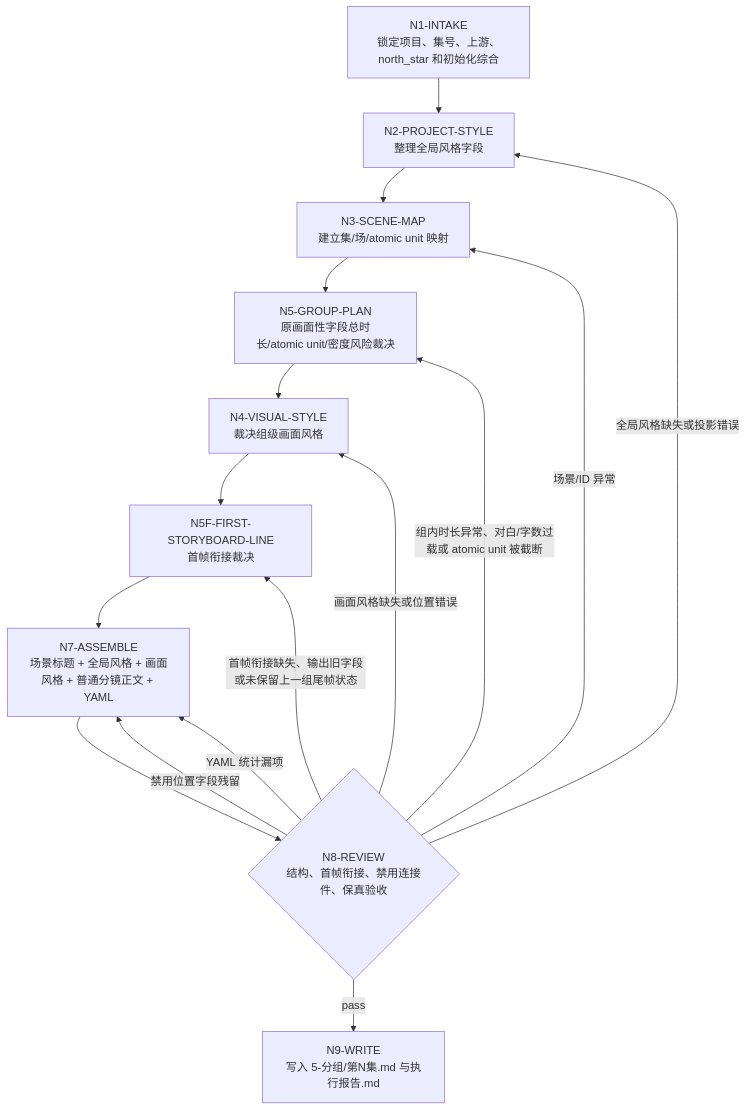
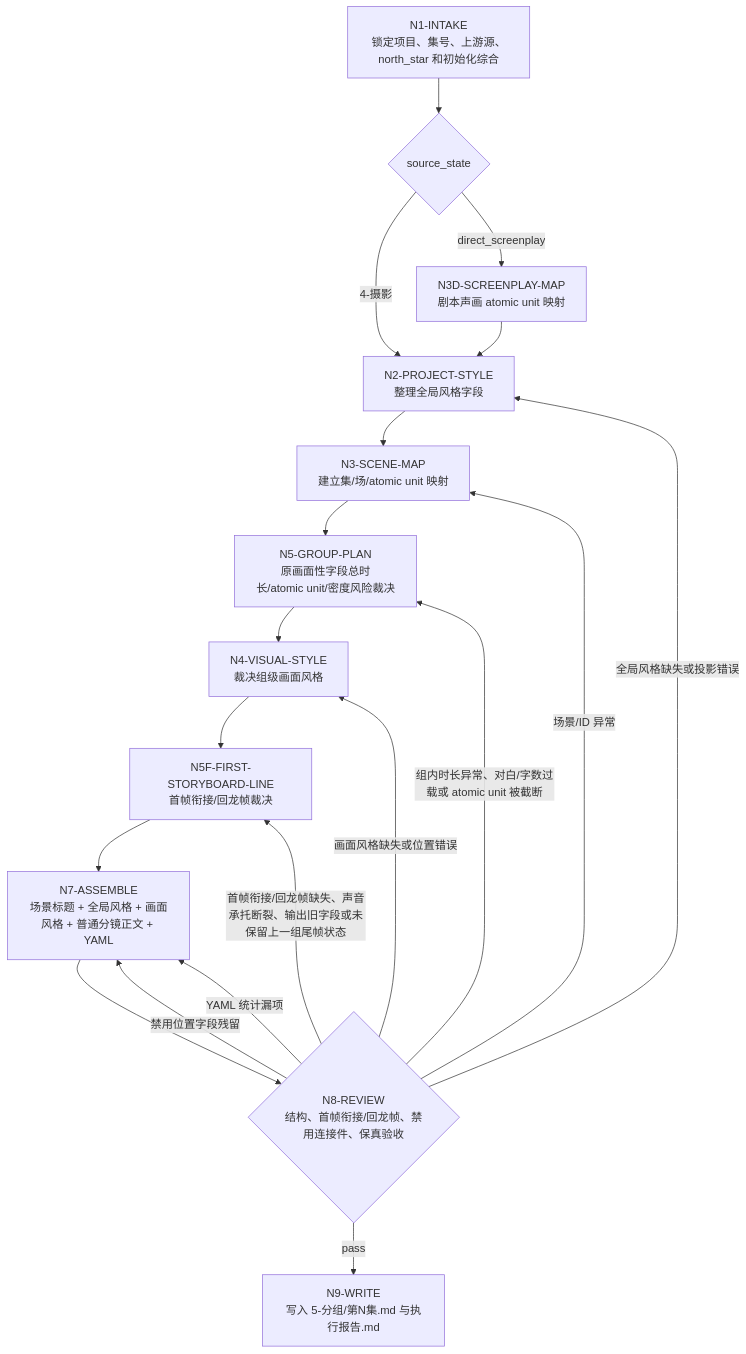
One commit to ZEN-VOID/AI-CUT changed the diagram in .agents/skills/aigc/5-分组/steps/grouping-workflow.md. Above: the diagram before and after it, drawn with Mermaid. The commit also changed other lines of this file and 31 other files, not shown here.

````diff
--- a/.agents/skills/aigc/5-分组/steps/grouping-workflow.md
+++ b/.agents/skills/aigc/5-分组/steps/grouping-workflow.md
@@ -19,18 +19,21 @@
 ```mermaid
 flowchart TD
-    N1["N1-INTAKE<br/>锁定项目、集号、上游、north_star 和初始化综合"] --> N2["N2-PROJECT-STYLE<br/>整理全局风格字段"]
+    N1["N1-INTAKE<br/>锁定项目、集号、上游源、north_star 和初始化综合"] --> N1D{"source_state"}
+    N1D -->|"4-摄影"| N2["N2-PROJECT-STYLE<br/>整理全局风格字段"]
+    N1D -->|"direct_screenplay"| N3D["N3D-SCREENPLAY-MAP<br/>剧本声画 atomic unit 映射"]
+    N3D --> N2
     N2 --> N3["N3-SCENE-MAP<br/>建立集/场/atomic unit 映射"]
     N3 --> N5["N5-GROUP-PLAN<br/>原画面性字段总时长/atomic unit/密度风险裁决"]
     N5 --> N4["N4-VISUAL-STYLE<br/>裁决组级画面风格"]
-    N4 --> N5F["N5F-FIRST-STORYBOARD-LINE<br/>首帧衔接裁决"]
+    N4 --> N5F["N5F-FIRST-STORYBOARD-LINE<br/>首帧衔接/回龙帧裁决"]
     N5F --> N7["N7-ASSEMBLE<br/>场景标题 + 全局风格 + 画面风格 + 普通分镜正文 + YAML"]
-    N7 --> N8{"N8-REVIEW<br/>结构、首帧衔接、禁用连接件、保真验收"}
+    N7 --> N8{"N8-REVIEW<br/>结构、首帧衔接/回龙帧、禁用连接件、保真验收"}
     N8 -->|"pass"| N9["N9-WRITE<br/>写入 5-分组/第N集.md 与执行报告.md"]
     N8 -->|"全局风格缺失或投影错误"| N2
     N8 -->|"场景/ID 异常"| N3
     N8 -->|"组内时长异常、对白/字数过载或 atomic unit 被截断"| N5
     N8 -->|"画面风格缺失或位置错误"| N4
     N8 -->|"禁用位置字段残留"| N7
-    N8 -->|"首帧衔接缺失、输出旧字段或未保留上一组尾帧状态"| N5F
+    N8 -->|"首帧衔接/回龙帧缺失、声音承托断裂、输出旧字段或未保留上一组尾帧状态"| N5F
     N8 -->|"YAML 统计漏项"| N7
 ```
````
